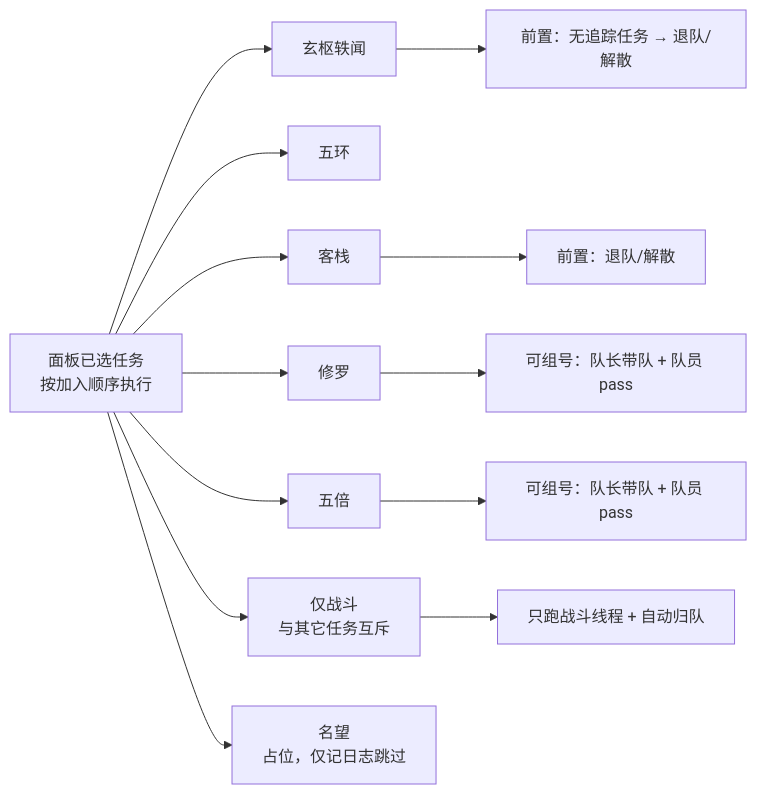
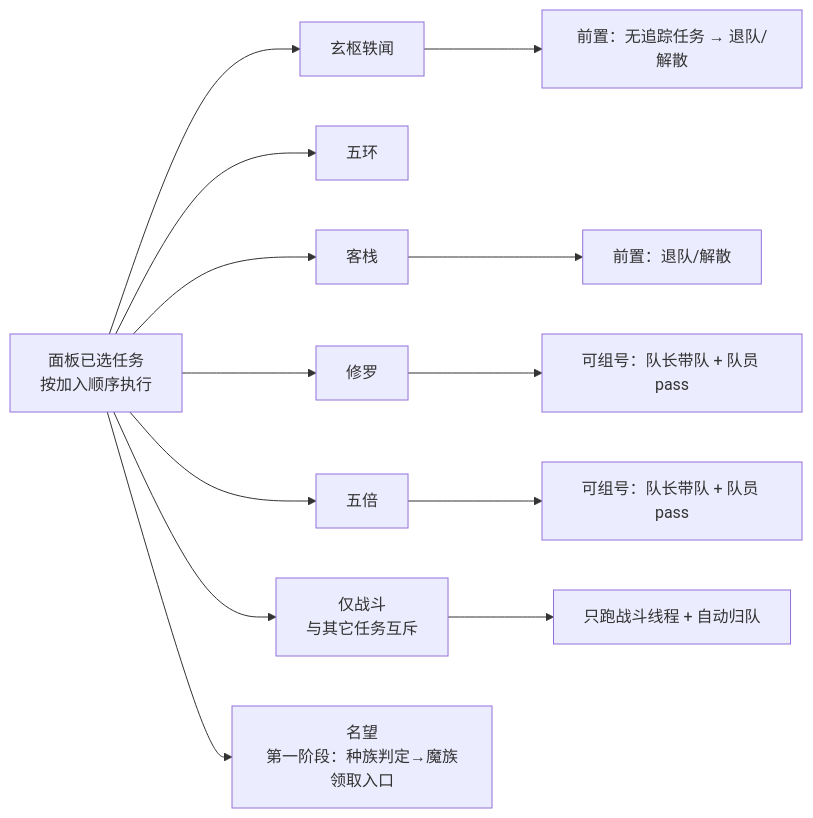
One commit to OPC-UNI/dhxy_ascript changed the fifth of 16 diagrams in docs/architecture.md. Above: the diagram before and after it, drawn with Mermaid. The commit also changed other lines of this file and 22 other files, not shown here.

````diff
--- a/docs/architecture.md
+++ b/docs/architecture.md
@@ -353,16 +354,16 @@
 ```mermaid
 flowchart LR
     Q["面板已选任务<br/>按加入顺序执行"] --> XS["玄枢轶闻"]
     Q --> WH["五环"]
     Q --> KZ["客栈"]
     Q --> XL["修罗"]
     Q --> WB["五倍"]
     Q --> BO["仅战斗<br/>与其它任务互斥"]
-    Q --> MW["名望<br/>占位，仅记日志跳过"]
+    Q --> MW["名望<br/>第一阶段：种族判定→魔族领取入口"]
 
     XS --> XSP["前置：无追踪任务 → 退队/解散"]
     KZ --> KZP["前置：退队/解散"]
     XL --> XLP["可组号：队长带队 + 队员 pass"]
     WB --> WBP["可组号：队长带队 + 队员 pass"]
     BO --> BOP["只跑战斗线程 + 自动归队"]
 ```
````
